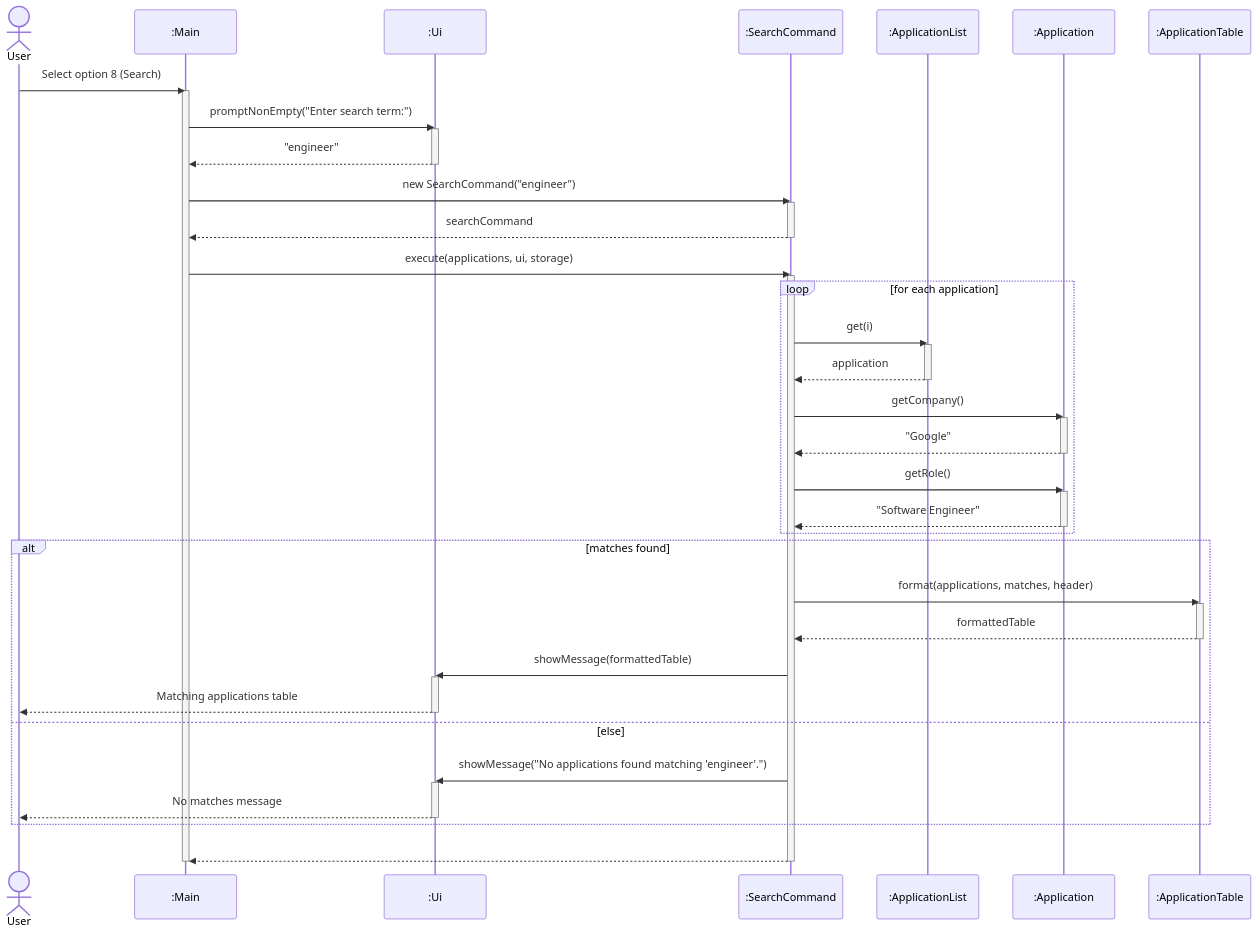
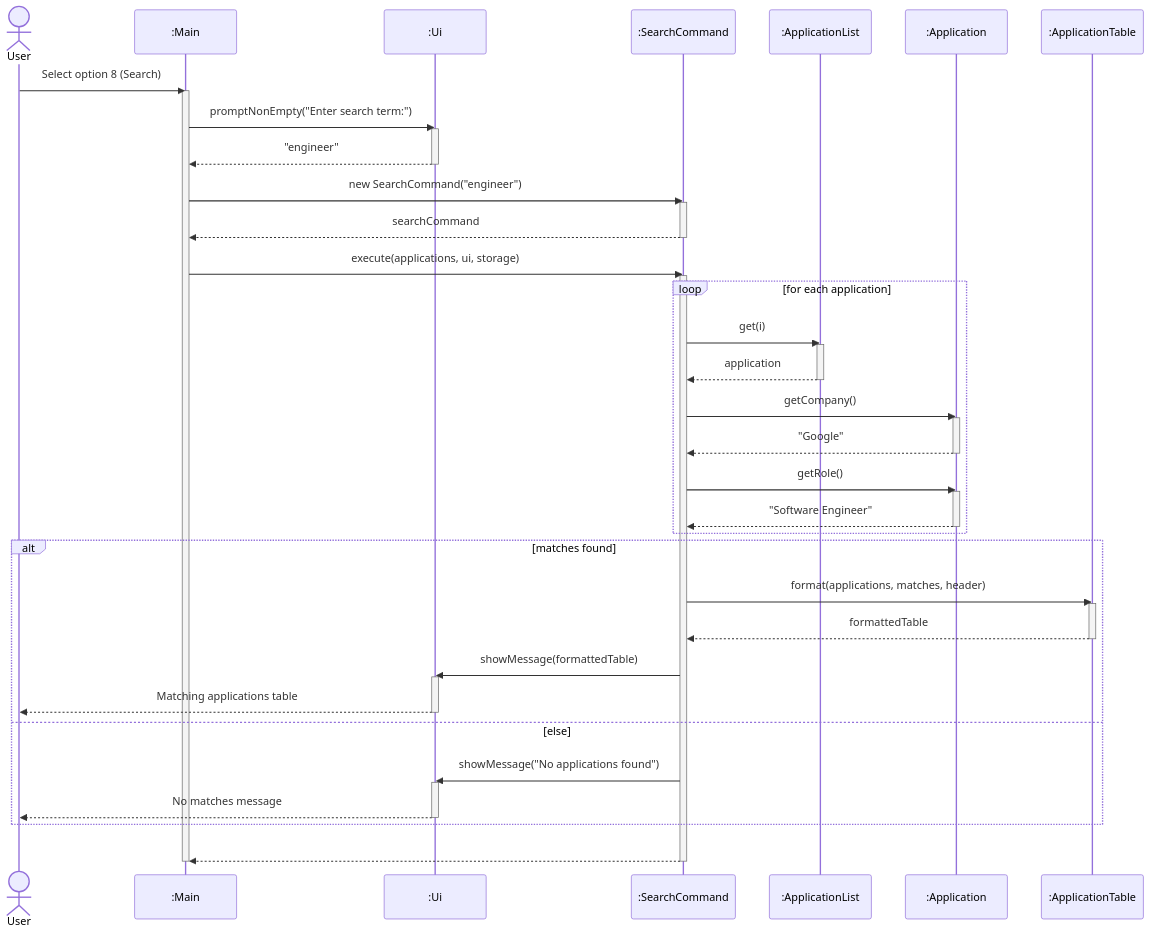
Diagram 16 of 22 in docs/DeveloperGuide.md (AY2627S1-CS2113-T10-2/tp), drawn with Mermaid before and after one commit. The commit also changed other lines of this file, not shown here.

First line of the commit message:
docs: standardize architecture diagram design and add manual testing output examples

````diff
--- a/docs/DeveloperGuide.md
+++ b/docs/DeveloperGuide.md
@@ -885,62 +880,62 @@
 ```mermaid
 ---
 config:
   themeCSS: ".actor-line { stroke-dasharray: 4, 4 !important; } line.loopLine:not([style*='stroke-dasharray']) { stroke-dasharray: none !important; }"
 ---
 sequenceDiagram
     actor user as User
     participant main as :Main
     participant ui as :Ui
     participant cmd as :SearchCommand
     participant list as :ApplicationList
     participant app as :Application
     participant table as :ApplicationTable
 
     user->>main: Select option 8 (Search)
     activate main
     main->>ui: promptNonEmpty("Enter search term:")
     activate ui
     ui-->>main: "engineer"
     deactivate ui
     main->>cmd: new SearchCommand("engineer")
     activate cmd
     cmd-->>main: searchCommand
     deactivate cmd
     main->>cmd: execute(applications, ui, storage)
     activate cmd
 
     loop for each application
         cmd->>list: get(i)
         activate list
         list-->>cmd: application
         deactivate list
         cmd->>app: getCompany()
         activate app
         app-->>cmd: "Google"
         deactivate app
         cmd->>app: getRole()
         activate app
         app-->>cmd: "Software Engineer"
         deactivate app
     end
 
     alt matches found
         cmd->>table: format(applications, matches, header)
         activate table
         table-->>cmd: formattedTable
         deactivate table
         cmd->>ui: showMessage(formattedTable)
         activate ui
         ui-->>user: Matching applications table
         deactivate ui
     else else
-        cmd->>ui: showMessage("No applications found matching 'engineer'.")
+        cmd->>ui: showMessage("No applications found")
         activate ui
         ui-->>user: No matches message
         deactivate ui
     end
 
     cmd-->>main: ​
     deactivate cmd
     deactivate main
 ```
````
